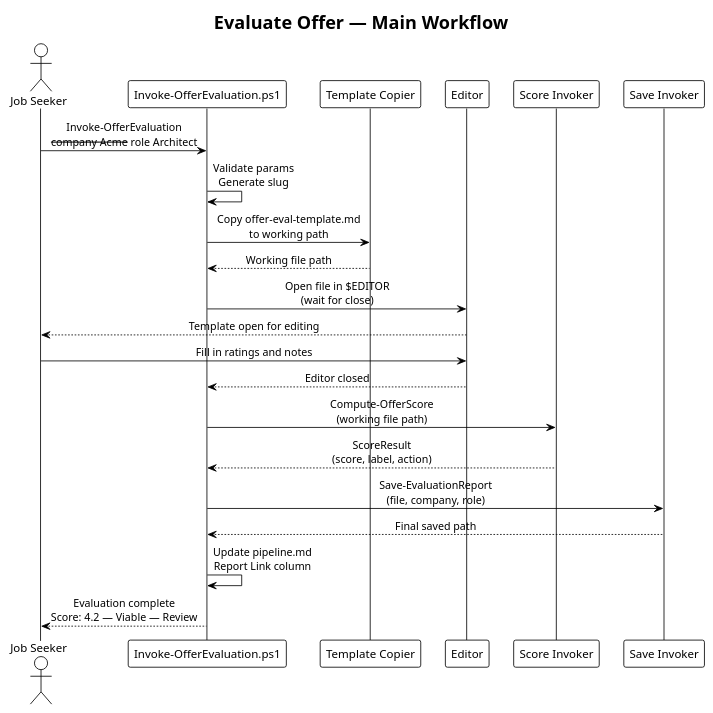
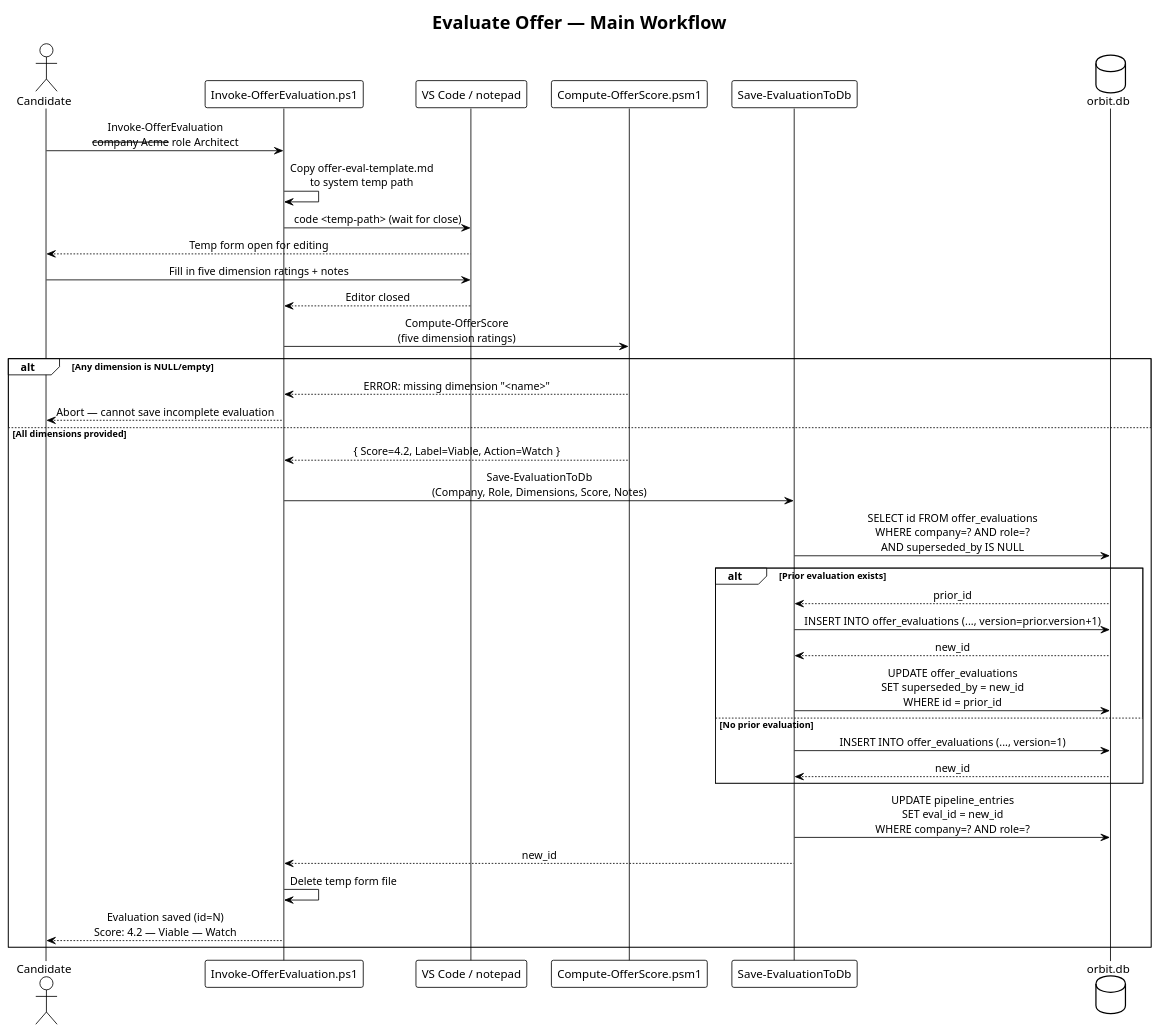
The diagram in docs/detailed-designs/04-offer-evaluation/diagrams/sequence_evaluate_offer.puml (QuinntyneBrown/Orbit), drawn with PlantUML before and after one commit. The commit also changed 10 other files, not shown here.

Commit message:
Add config, hooks, templates, package.json, and update diagrams and gitignore

```diff
--- a/docs/detailed-designs/04-offer-evaluation/diagrams/sequence_evaluate_offer.puml
+++ b/docs/detailed-designs/04-offer-evaluation/diagrams/sequence_evaluate_offer.puml
@@ -1,29 +1,46 @@
 @startuml sequence_evaluate_offer
 !theme plain
 skinparam sequenceMessageAlign center
 
 title Evaluate Offer — Main Workflow
 
-actor "Job Seeker" as user
+actor Candidate
 participant "Invoke-OfferEvaluation.ps1" as script
-participant "Template Copier" as copier
-participant "Editor" as editor
-participant "Score Invoker" as scorer
-participant "Save Invoker" as saver
+participant "VS Code / notepad" as editor
+participant "Compute-OfferScore.psm1" as scorer
+participant "Save-EvaluationToDb" as saver
+database "orbit.db" as DB
 
-user -> script : Invoke-OfferEvaluation\n--company Acme --role Architect
-script -> script : Validate params\nGenerate slug
-script -> copier : Copy offer-eval-template.md\nto working path
-copier --> script : Working file path
-script -> editor : Open file in $EDITOR\n(wait for close)
-editor --> user : Template open for editing
-user -> editor : Fill in ratings and notes
+Candidate -> script : Invoke-OfferEvaluation\n--company Acme --role Architect
+script -> script : Copy offer-eval-template.md\nto system temp path
+script -> editor : code <temp-path> (wait for close)
+editor --> Candidate : Temp form open for editing
+Candidate -> editor : Fill in five dimension ratings + notes
 editor --> script : Editor closed
-script -> scorer : Compute-OfferScore\n(working file path)
-scorer --> script : ScoreResult\n(score, label, action)
-script -> saver : Save-EvaluationReport\n(file, company, role)
-saver --> script : Final saved path
-script -> script : Update pipeline.md\nReport Link column
-script --> user : Evaluation complete\nScore: 4.2 — Viable — Review
+
+script -> scorer : Compute-OfferScore\n(five dimension ratings)
+alt Any dimension is NULL/empty
+    scorer --> script : ERROR: missing dimension "<name>"
+    script --> Candidate : Abort — cannot save incomplete evaluation
+else All dimensions provided
+    scorer --> script : { Score=4.2, Label=Viable, Action=Watch }
+
+    script -> saver : Save-EvaluationToDb\n(Company, Role, Dimensions, Score, Notes)
+    saver -> DB : SELECT id FROM offer_evaluations\nWHERE company=? AND role=?\nAND superseded_by IS NULL
+    alt Prior evaluation exists
+        DB --> saver : prior_id
+        saver -> DB : INSERT INTO offer_evaluations (..., version=prior.version+1)
+        DB --> saver : new_id
+        saver -> DB : UPDATE offer_evaluations\nSET superseded_by = new_id\nWHERE id = prior_id
+    else No prior evaluation
+        saver -> DB : INSERT INTO offer_evaluations (..., version=1)
+        DB --> saver : new_id
+    end
+    saver -> DB : UPDATE pipeline_entries\nSET eval_id = new_id\nWHERE company=? AND role=?
+    saver --> script : new_id
+
+    script -> script : Delete temp form file
+    script --> Candidate : Evaluation saved (id=N)\nScore: 4.2 — Viable — Watch
+end
 
 @enduml
```
